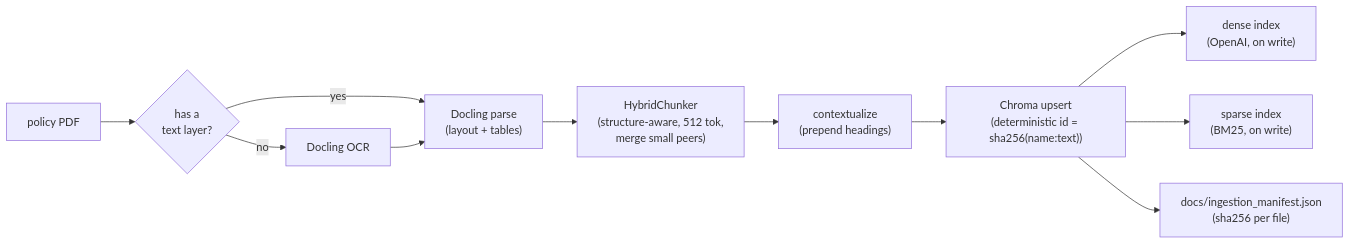
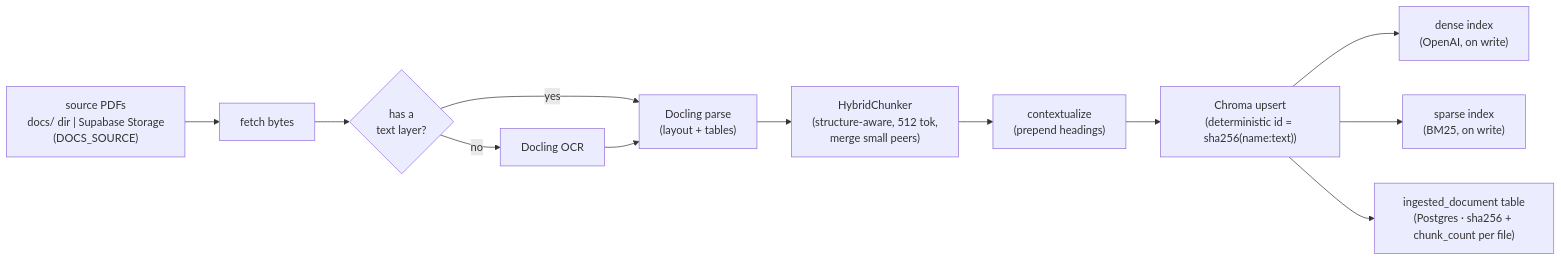
The seventh of 10 diagrams in docs/ARCHITECTURE.md (SohaSiddiqui6/HR-RAG), drawn with Mermaid before and after one commit. The commit also changed other lines of this file and 15 other files, not shown here.

Commit message:
Refactor ingestion process to support PDF sources from local directory or Supabase Storage; update related documentation and models.

````diff
--- a/docs/ARCHITECTURE.md
+++ b/docs/ARCHITECTURE.md
@@ -247,13 +249,14 @@
 ```mermaid
 flowchart LR
-    PDF["policy PDF"] --> OCR{"has a<br/>text layer?"}
+    Src["source PDFs<br/>docs/ dir | Supabase Storage<br/>(DOCS_SOURCE)"] --> Fetch["fetch bytes"]
+    Fetch --> OCR{"has a<br/>text layer?"}
     OCR -->|no| DoOCR["Docling OCR"]
     OCR -->|yes| Parse["Docling parse<br/>(layout + tables)"]
     DoOCR --> Parse
     Parse --> Chunk["HybridChunker<br/>(structure-aware, 512 tok,<br/>merge small peers)"]
     Chunk --> Ctx["contextualize<br/>(prepend headings)"]
     Ctx --> Upsert["Chroma upsert<br/>(deterministic id = sha256(name:text))"]
     Upsert --> Dense["dense index<br/>(OpenAI, on write)"]
     Upsert --> Sparse["sparse index<br/>(BM25, on write)"]
-    Upsert --> Manifest["docs/ingestion_manifest.json<br/>(sha256 per file)"]
+    Upsert --> Manifest["ingested_document table<br/>(Postgres · sha256 + chunk_count per file)"]
 ```
````
